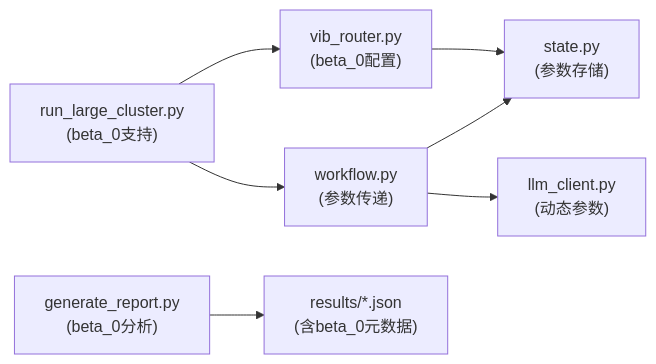
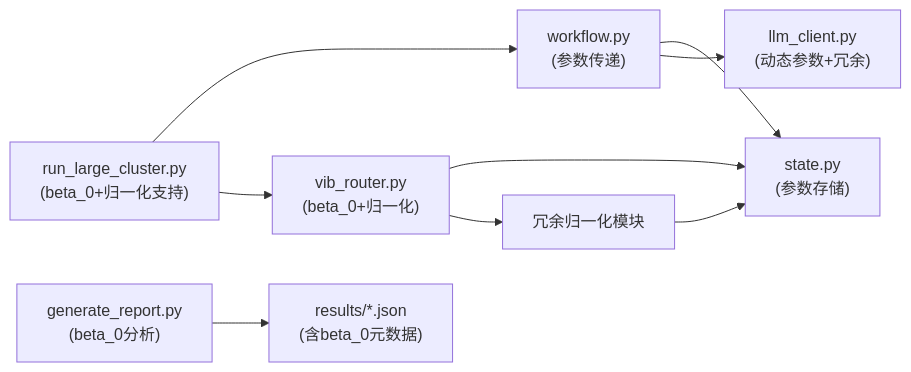
One commit to QuStarry/VIB-SparseCommunication changed the sixth of 6 diagrams in .qoder/repowiki/zh/content/核心架构/实验框架/大规模集群实验.md. Above: the diagram before and after it, drawn with Mermaid. The commit also changed other lines of this file and 32 other files, not shown here.

First line of the commit message:
feat(vib-router): 增强VIB路由器参数配置与冗余归一化策略

````diff
--- a/.qoder/repowiki/zh/content/核心架构/实验框架/大规模集群实验.md
+++ b/.qoder/repowiki/zh/content/核心架构/实验框架/大规模集群实验.md
@@ -317,9 +333,11 @@
 ```mermaid
 graph LR
-RLC["run_large_cluster.py<br/>(beta_0支持)"] --> WF["workflow.py<br/>(参数传递)"]
-RLC --> VR["vib_router.py<br/>(beta_0配置)"]
+RLC["run_large_cluster.py<br/>(beta_0+归一化支持)"] --> WF["workflow.py<br/>(参数传递)"]
+RLC --> VR["vib_router.py<br/>(beta_0+归一化)"]
 WF --> ST["state.py<br/>(参数存储)"]
-WF --> LL["llm_client.py<br/>(动态参数)"]
+WF --> LL["llm_client.py<br/>(动态参数+冗余)"]
 GRP["generate_report.py<br/>(beta_0分析)"] --> RES["results/*.json<br/>(含beta_0元数据)"]
 VR --> ST
+VR --> NORM["冗余归一化模块"]
+NORM --> ST
 ```
````
